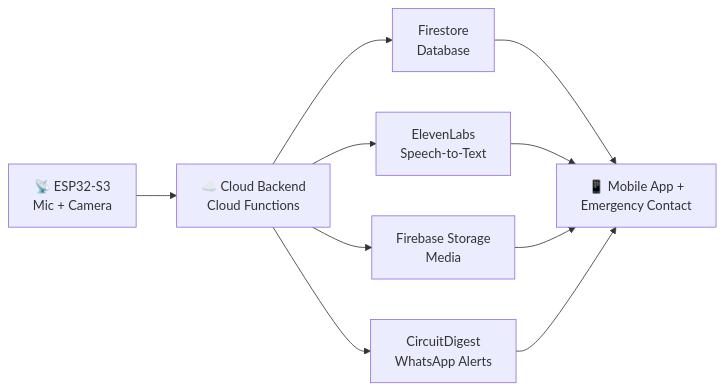
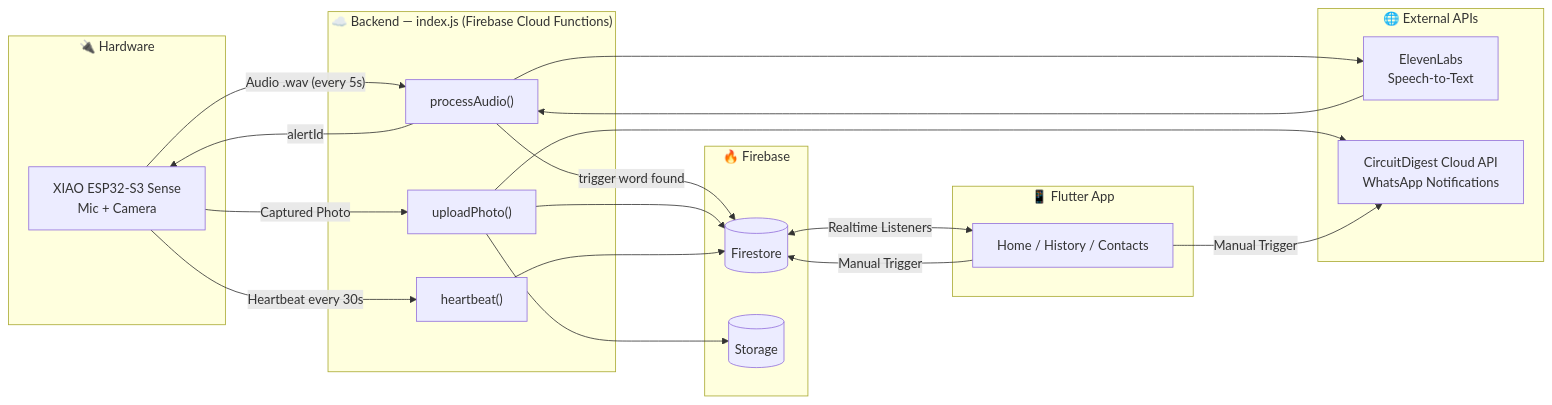
One commit to SubashreeT24/SheAlert changed the first of 2 diagrams in README.md. Above: the diagram before and after it, drawn with Mermaid. The commit also changed other lines of this file, not shown here.

````diff
--- a/README.md
+++ b/README.md
@@ -65,12 +65,41 @@
 ```mermaid
-flowchart LR
-    A["📡 ESP32-S3<br/>Mic + Camera"] --> B["☁️ Cloud Backend<br/>Cloud Functions"]
-    B --> C["Firestore<br/>Database"]
-    B --> D["ElevenLabs<br/>Speech-to-Text"]
-    B --> E["Firebase Storage<br/>Media"]
-    B --> F["CircuitDigest<br/>WhatsApp Alerts"]
-    C --> G["📱 Mobile App +<br/>Emergency Contact"]
-    D --> G
-    E --> G
-    F --> G
+graph LR
+    subgraph Hardware["🔌 Hardware"]
+        ESP["XIAO ESP32-S3 Sense<br/>Mic + Camera"]
+    end
+
+    subgraph Backend["☁️ Backend — index.js (Firebase Cloud Functions)"]
+        PA["processAudio()"]
+        UP["uploadPhoto()"]
+        HB["heartbeat()"]
+    end
+
+    subgraph FB["🔥 Firebase"]
+        FS[("Firestore")]
+        ST[("Storage")]
+    end
+
+    subgraph External["🌐 External APIs"]
+        EL["ElevenLabs<br/>Speech-to-Text"]
+        CD["CircuitDigest Cloud API<br/>WhatsApp Notifications"]
+    end
+
+    subgraph Mobile["📱 Flutter App"]
+        FL["Home / History / Contacts"]
+    end
+
+    ESP -->|"Audio .wav (every 5s)"| PA
+    PA --> EL
+    EL --> PA
+    PA -->|"trigger word found"| FS
+    PA -->|"alertId"| ESP
+    ESP -->|"Captured Photo"| UP
+    UP --> ST
+    UP --> FS
+    UP --> CD
+    ESP -->|"Heartbeat every 30s"| HB
+    HB --> FS
+    FL -->|"Manual Trigger"| FS
+    FL -->|"Manual Trigger"| CD
+    FS <-->|"Realtime Listeners"| FL
 ```
````
